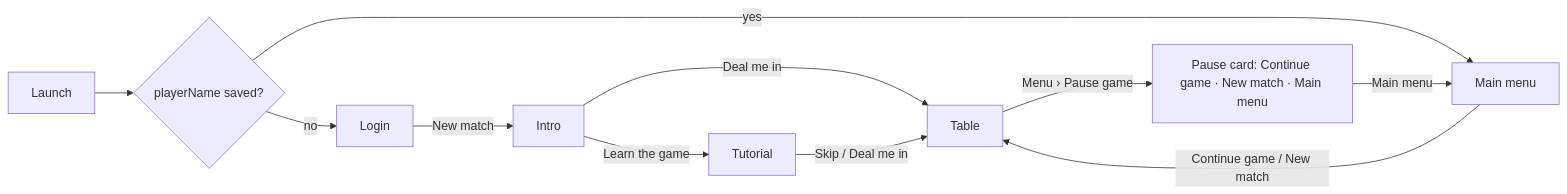
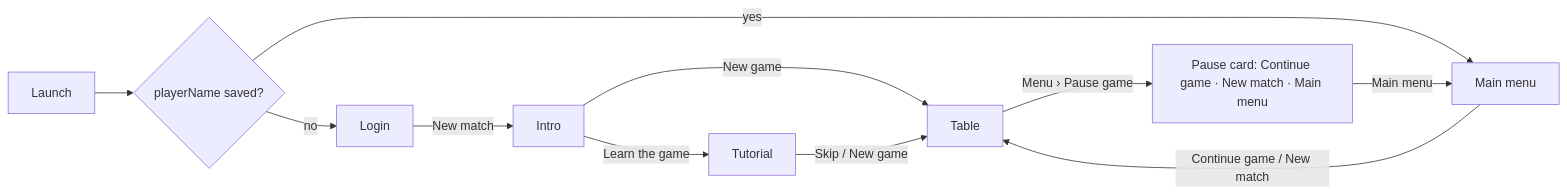
One commit to cmurphy1140/cardgame-io changed the second of 4 diagrams in docs/architecture.md. Above: the diagram before and after it, drawn with Mermaid. The commit also changed other lines of this file and 32 other files, not shown here.

````diff
--- a/docs/architecture.md
+++ b/docs/architecture.md
@@ -42,12 +42,12 @@
 ```mermaid
 flowchart LR
     Launch --> Q{playerName saved?}
     Q -- no --> Login
     Login -- "New match" --> Intro
-    Intro -- "Deal me in" --> Table
-    Intro -- "Learn the game" --> Tutorial -- "Skip / Deal me in" --> Table
+    Intro -- "New game" --> Table
+    Intro -- "Learn the game" --> Tutorial -- "Skip / New game" --> Table
     Q -- yes --> Menu["Main menu"]
     Menu -- "Continue game / New match" --> Table
     Table -- "Menu › Pause game" --> Card["Pause card: Continue game · New match · Main menu"]
     Card -- "Main menu" --> Menu
 ```
````
